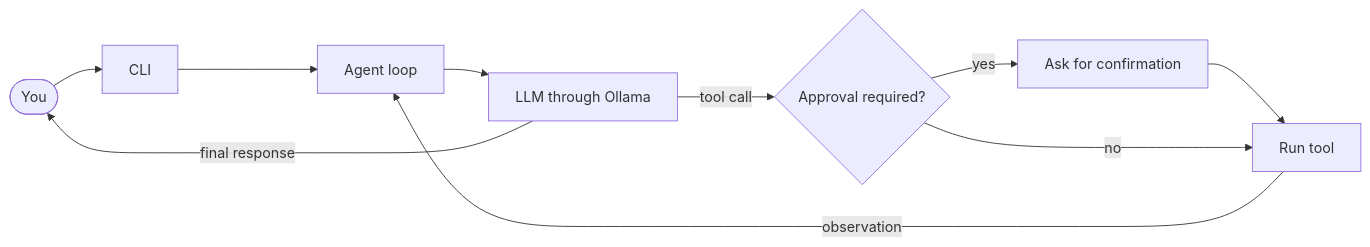
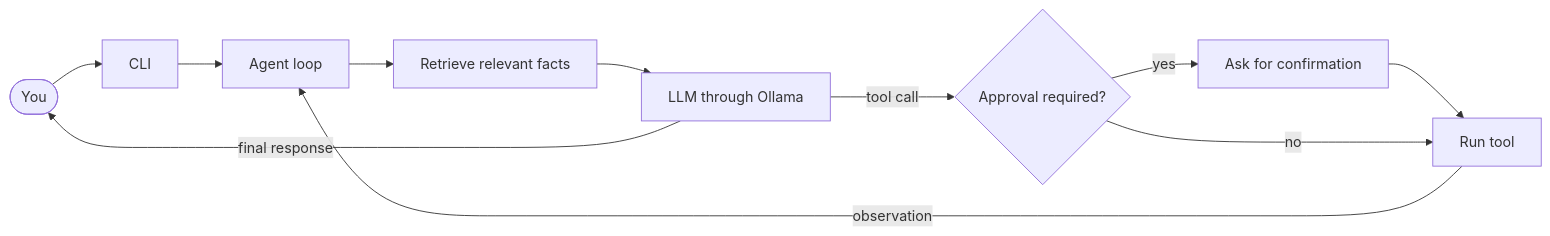
Before and after one commit to Aryan-GNDU/SPROUT: the diagram in README.md, drawn with Mermaid. The commit also changed other lines of this file and 1 other file, not shown here.

````diff
--- a/README.md
+++ b/README.md
@@ -191,12 +212,13 @@
 ```mermaid
 flowchart LR
     U([You]) --> C[CLI]
     C --> A[Agent loop]
-    A --> L[LLM through Ollama]
+    A --> R[Retrieve relevant facts]
+    R --> L[LLM through Ollama]
     L -- tool call --> T{Approval required?}
     T -- yes --> P[Ask for confirmation]
     P --> X[Run tool]
     T -- no --> X
     X -- observation --> A
     L -- final response --> U
 ```
````
